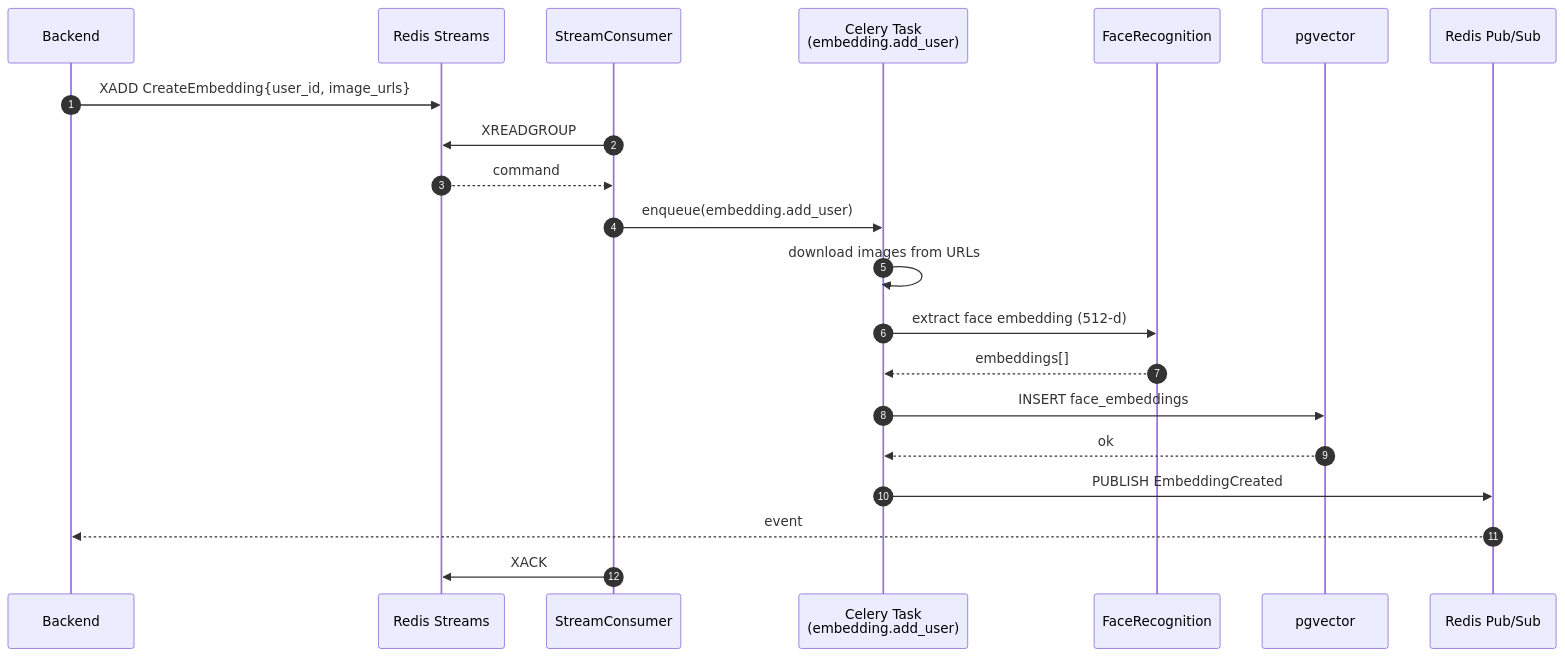
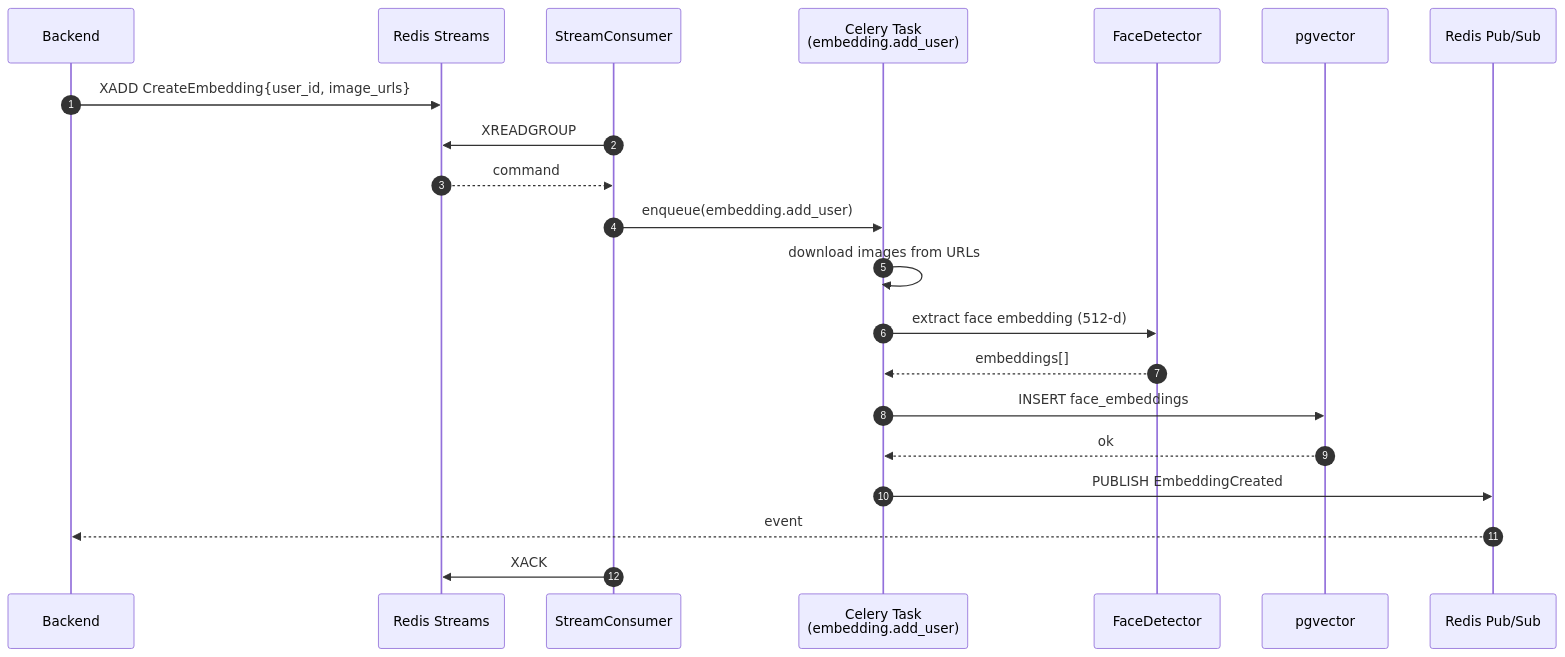
One commit to lumiohub-ai/lum-model-face-recognition changed the fifth of 9 diagrams in docs/SERVICE_ARCHITECTURE.md. Above: the diagram before and after it, drawn with Mermaid. The commit also changed other lines of this file and 1 other file, not shown here.

First line of the commit message:
docs(architecture): point model references at the lum_vision package

````diff
--- a/docs/SERVICE_ARCHITECTURE.md
+++ b/docs/SERVICE_ARCHITECTURE.md
@@ -264,24 +265,24 @@
 ```mermaid
 sequenceDiagram
     autonumber
     participant BE as Backend
     participant RS as Redis Streams
     participant SC as StreamConsumer
     participant CT as Celery Task<br/>(embedding.add_user)
-    participant FR as FaceRecognition
+    participant FR as FaceDetector
     participant PV as pgvector
     participant PS as Redis Pub/Sub
 
     BE->>RS: XADD CreateEmbedding{user_id, image_urls}
     SC->>RS: XREADGROUP
     RS-->>SC: command
     SC->>CT: enqueue(embedding.add_user)
     CT->>CT: download images from URLs
     CT->>FR: extract face embedding (512-d)
     FR-->>CT: embeddings[]
     CT->>PV: INSERT face_embeddings
     PV-->>CT: ok
     CT->>PS: PUBLISH EmbeddingCreated
     PS-->>BE: event
     SC->>RS: XACK
 ```
````
